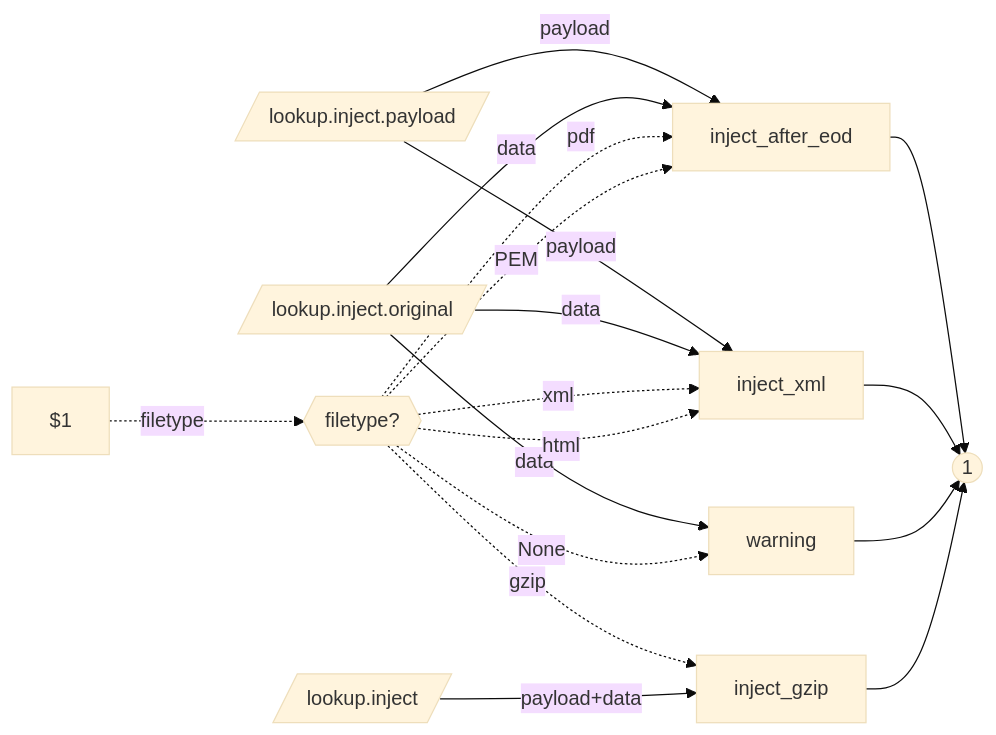
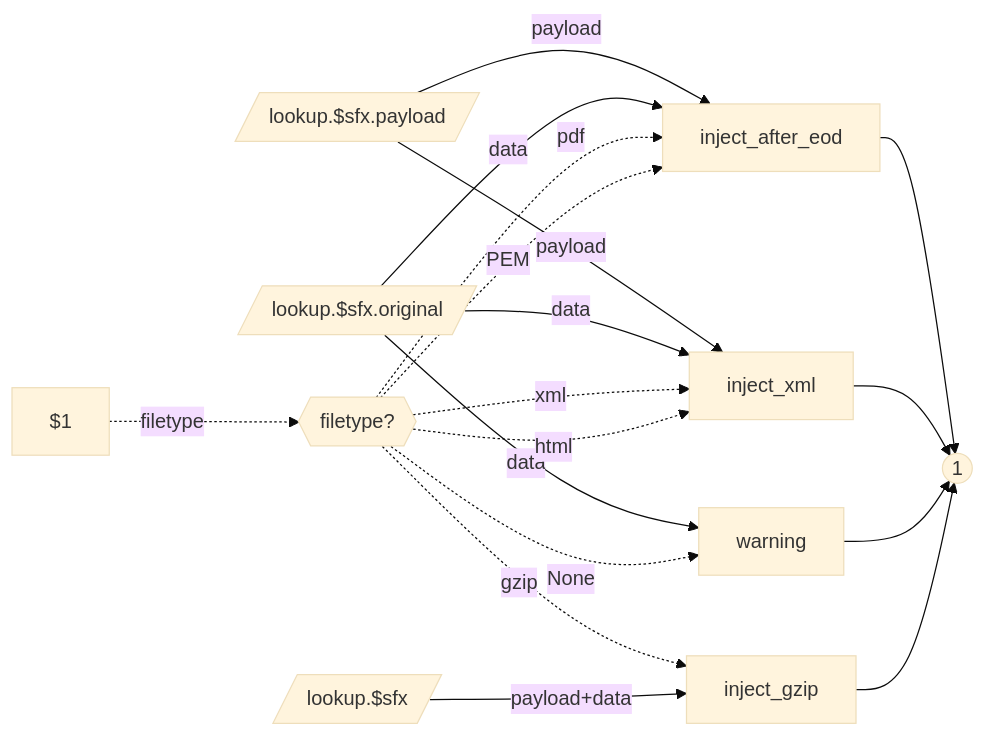
Before and after one commit to tibolpol/sealgood: the third of 6 diagrams in docs/fr/filetypes.md, drawn with Mermaid (base theme). The commit also changed other lines of this file and 18 other files, not shown here.

````diff
--- a/docs/fr/filetypes.md
+++ b/docs/fr/filetypes.md
@@ -224,24 +221,24 @@
 ```mermaid
 flowchart LR
 $1 -.->|filetype| inject_type{{filetype?}}
-lookup.payload[/lookup.inject.payload/] -->|payload| inject_after_eod
+lookup.payload[/lookup.$sfx.payload/] -->|payload| inject_after_eod
 lookup.payload -->|payload| inject_xml
-lookup.original[/lookup.inject.original/] -->|data| warning
+lookup.original[/lookup.$sfx.original/] -->|data| warning
 lookup.original -->|data| inject_after_eod
 lookup.original -->|data| inject_xml
 inject_type -.->|pdf| inject_after_eod
 inject_type -.->|xml| inject_xml
 inject_type -.->|html| inject_xml
 inject_type -.->|gzip| inject_gzip
 inject_type -.->|PEM| inject_after_eod
 inject_type -.->|None| warning
-lookup.$1[/lookup.inject/] -->|payload+data| inject_gzip
+lookup.$1[/lookup.$sfx/] -->|payload+data| inject_gzip
 inject_after_eod --> l1((1))
 inject_xml --> l1
 warning --> l1
 inject_gzip --> l1
 click inject_after_eod "#inject_after_eod"
 click inject_html "#inject_html"
 click inject_xml "#inject_xml"
 click inject_gzip "#inject_gzip"
 ```
````
